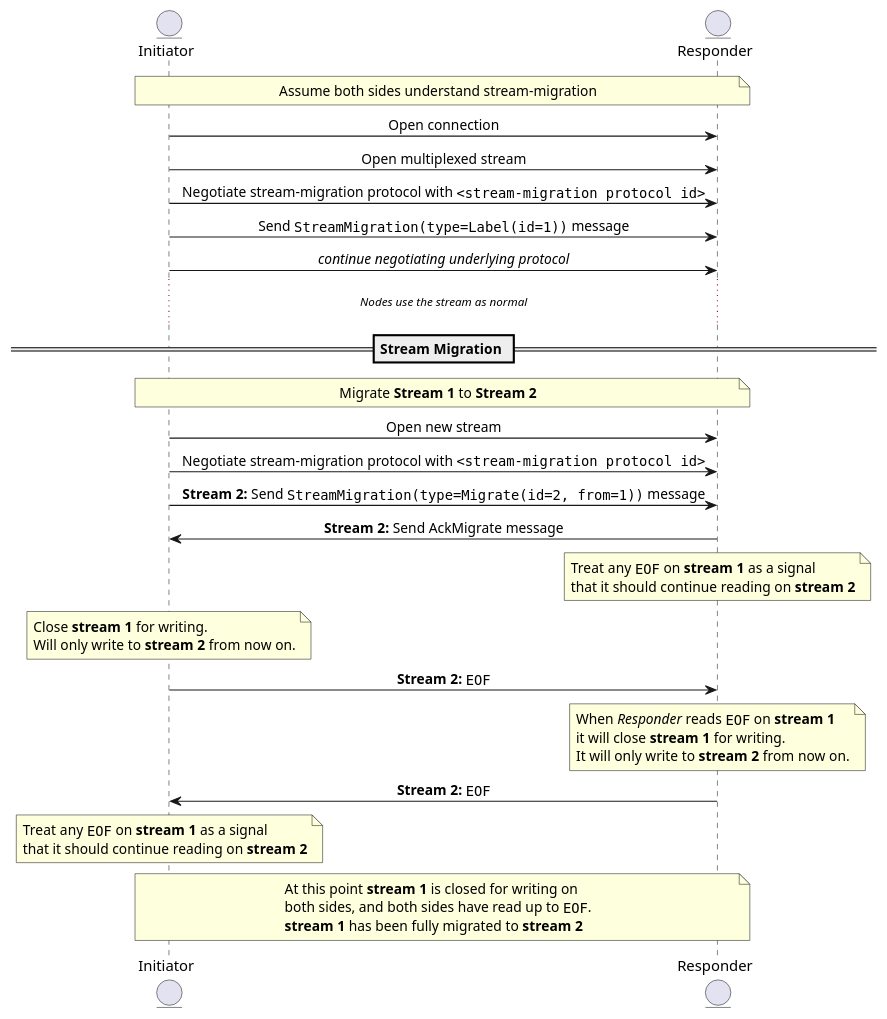
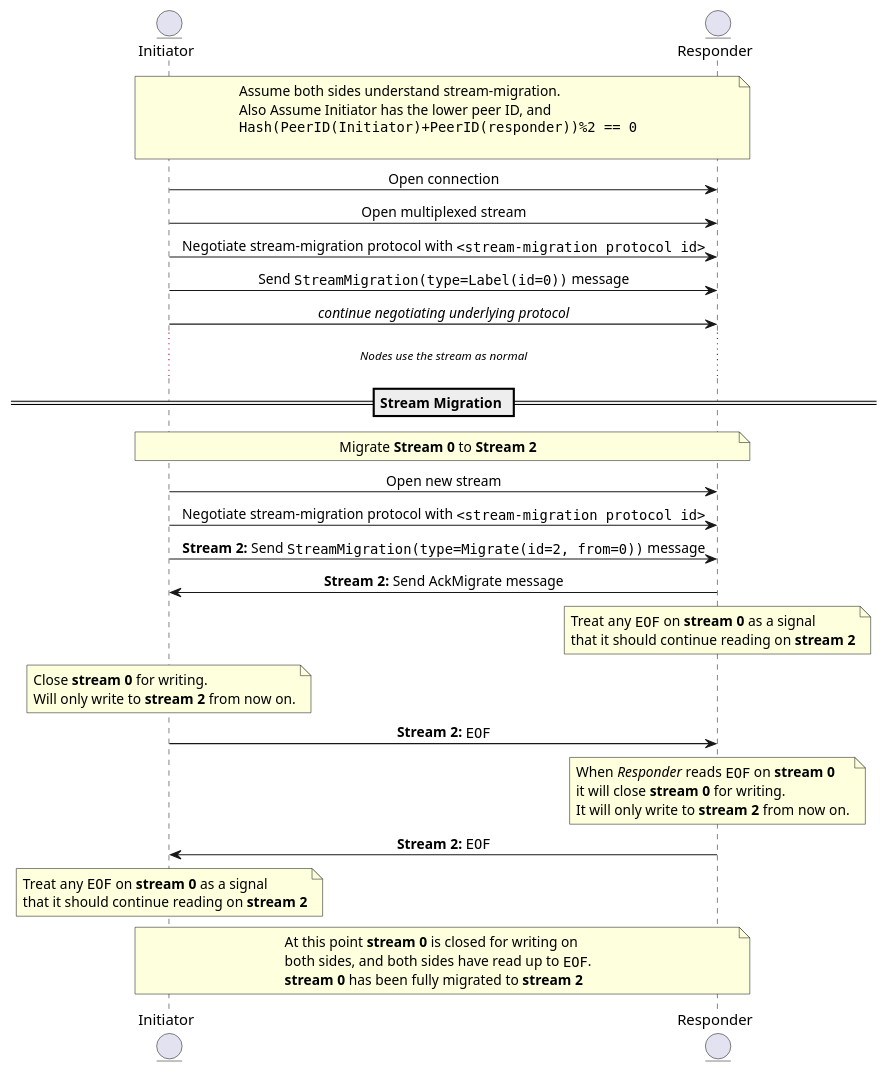
Before and after one commit to libp2p/specs: the diagram in connections/stream-migration.md, drawn with PlantUML. The commit also changed other lines of this file and 3 other files, not shown here.

Commit message:
Update stream migration spec

````diff
--- a/connections/stream-migration.md
+++ b/connections/stream-migration.md
@@ -51,63 +61,68 @@
 ``` plantuml
 @startuml stream-migration
 skinparam sequenceMessageAlign center
 entity Initiator
 entity Responder
 
-note over Initiator, Responder: Assume both sides understand stream-migration
+note over Initiator, Responder
+    Assume both sides understand stream-migration.
+    Also Assume Initiator has the lower peer ID, and
+    ""Hash(PeerID(Initiator)+PeerID(responder))%2 == 0""
+
+end note
 
 Initiator -> Responder: Open connection
 Initiator -> Responder: Open multiplexed stream
 
 Initiator -> Responder: Negotiate stream-migration protocol with ""<stream-migration protocol id>""
 
-Initiator -> Responder: Send ""StreamMigration(type=Label(id=1))"" message
+Initiator -> Responder: Send ""StreamMigration(type=Label(id=0))"" message
 
 Initiator -> Responder: <i> continue negotiating underlying protocol </i>
 ... <i>Nodes use the stream as normal<i> ...
 
 == Stream Migration ==
 
-note over Initiator, Responder: Migrate <b>Stream 1</b> to <b>Stream 2</b>
+note over Initiator, Responder: Migrate <b>Stream 0</b> to <b>Stream 2</b>
 
 Initiator -> Responder: Open new stream
 Initiator -> Responder: Negotiate stream-migration protocol with ""<stream-migration protocol id>""
 
-Initiator -> Responder: <b>Stream 2:</b> Send ""StreamMigration(type=Migrate(id=2, from=1))"" message
+Initiator -> Responder: <b>Stream 2:</b> Send ""StreamMigration(type=Migrate(id=2, from=0))"" message
 
 Initiator <- Responder: <b>Stream 2:</b> Send AckMigrate message
 
 note over Responder
-    Treat any ""EOF"" on <b>stream 1</b> as a signal
+    Treat any ""EOF"" on <b>stream 0</b> as a signal
     that it should continue reading on <b>stream 2</b>
 end note
 
 
 note over Initiator
-    Close <b>stream 1</b> for writing.
+    Close <b>stream 0</b> for writing.
     Will only write to <b>stream 2</b> from now on.
 end note
 
 Initiator -> Responder: <b>Stream 2:</b> ""EOF""
 
 note over Responder
-    When <i>Responder</i> reads ""EOF"" on <b>stream 1</b>
-    it will close <b>stream 1</b> for writing.
+    When <i>Responder</i> reads ""EOF"" on <b>stream 0</b>
+    it will close <b>stream 0</b> for writing.
     It will only write to <b>stream 2</b> from now on.
 end note
 
 Initiator <- Responder: <b>Stream 2:</b> ""EOF""
 
 note over Initiator
-    Treat any ""EOF"" on <b>stream 1</b> as a signal
+    Treat any ""EOF"" on <b>stream 0</b> as a signal
     that it should continue reading on <b>stream 2</b>
 end note
 
 note over Initiator, Responder
-    At this point <b>stream 1</b> is closed for writing on
+    At this point <b>stream 0</b> is closed for writing on
     both sides, and both sides have read up to ""EOF"".
-    <b>stream 1</b> has been fully migrated to <b>stream 2</b>
+    <b>stream 0</b> has been fully migrated to <b>stream 2</b>
 end note
 
 @enduml
 ```
````
